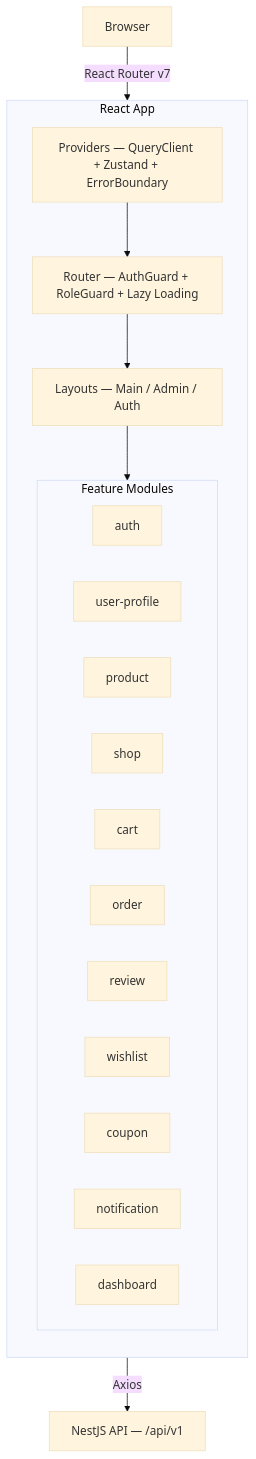
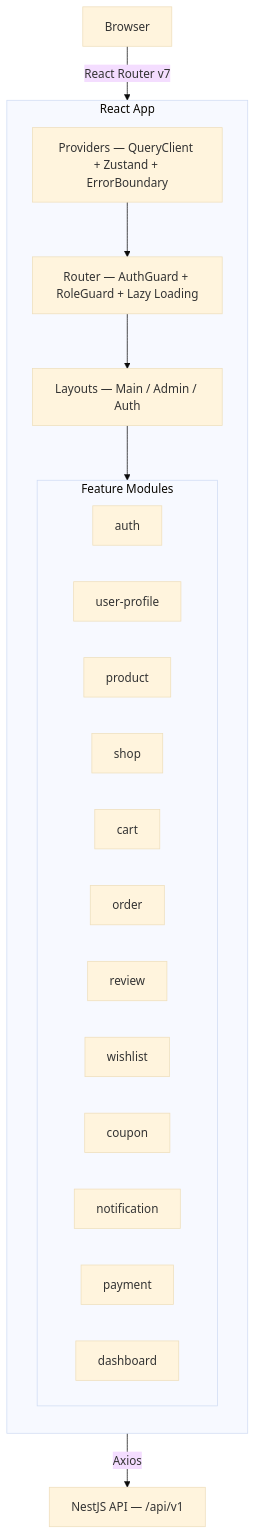
One commit to Hy-Khang/E-commerce-shop-Amazon- changed the first of 2 diagrams in frontend-react/docs/FE-ARCHITECTURE.md. Above: the diagram before and after it, drawn with Mermaid (base theme). The commit also changed other lines of this file and 46 other files, not shown here.

````diff
--- a/frontend-react/docs/FE-ARCHITECTURE.md
+++ b/frontend-react/docs/FE-ARCHITECTURE.md
@@ -5,28 +5,29 @@
 ```mermaid
 graph TB
     Browser["Browser"] -->|React Router v7| App["React 19 + Vite"]
 
     subgraph App["React App"]
         direction TB
         Providers["Providers — QueryClient + Zustand + ErrorBoundary"]
         Providers --> Router["Router — AuthGuard + RoleGuard + Lazy Loading"]
         Router --> Layouts["Layouts — Main / Admin / Auth"]
         Layouts --> Features
 
         subgraph Features["Feature Modules"]
             Auth["auth"]
             UP["user-profile"]
             Prod["product"]
             Shop["shop"]
             Cart["cart"]
             Order["order"]
             Review["review"]
             Wishlist["wishlist"]
             Coupon["coupon"]
             Notification["notification"]
+            Payment["payment"]
             Dashboard["dashboard"]
         end
     end
 
     App -->|Axios| API["NestJS API — /api/v1"]
 ```
````
